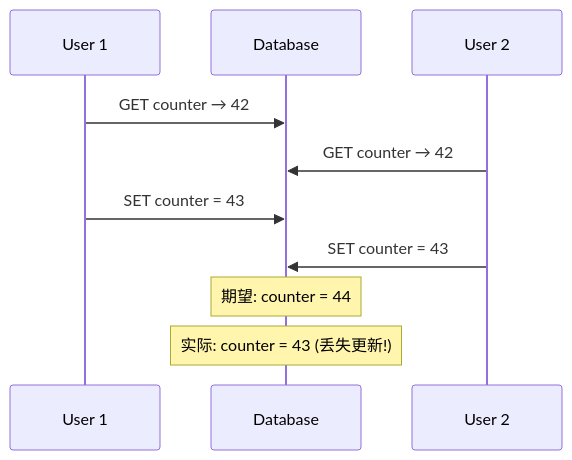
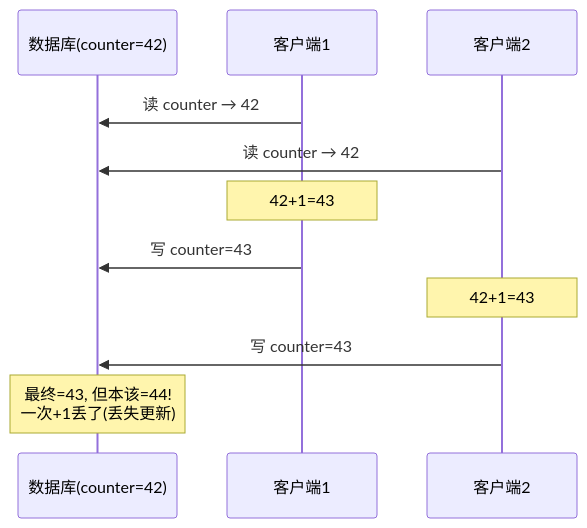
Before and after one commit to socoo123/ddia_2nd: the third of 40 diagrams in ch08-事务.md, drawn with Mermaid. The commit also changed other lines of this file and 8 other files, not shown here.

First line of the commit message:
重写 ch01-ch09 读书笔记：风格统一 + 内容扩充 + 大量图表

````diff
--- a/ch08-事务.md
+++ b/ch08-事务.md
@@ -159,13 +89,13 @@
 ```mermaid
 sequenceDiagram
-    participant U1 as User 1
-    participant DB as Database
-    participant U2 as User 2
-
-    U1->>DB: GET counter → 42
-    U2->>DB: GET counter → 42
-    U1->>DB: SET counter = 43
-    U2->>DB: SET counter = 43
-    Note over DB: 期望: counter = 44
-    Note over DB: 实际: counter = 43 (丢失更新!)
+    participant DB as 数据库(counter=42)
+    participant C1 as 客户端1
+    participant C2 as 客户端2
+    C1->>DB: 读 counter → 42
+    C2->>DB: 读 counter → 42
+    Note over C1: 42+1=43
+    C1->>DB: 写 counter=43
+    Note over C2: 42+1=43
+    C2->>DB: 写 counter=43
+    Note over DB: 最终=43, 但本该=44!<br/>一次+1丢了(丢失更新)
 ```
````
